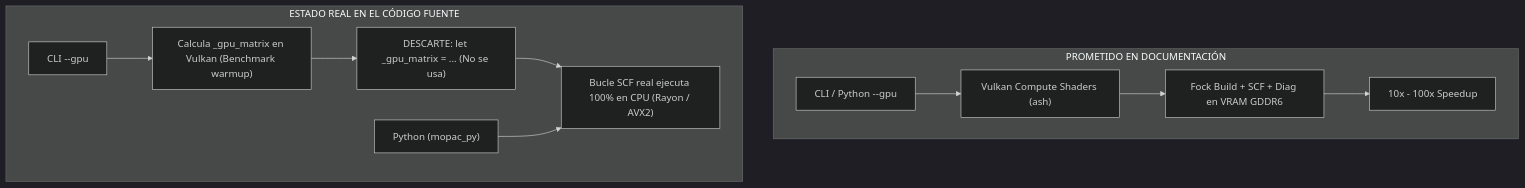
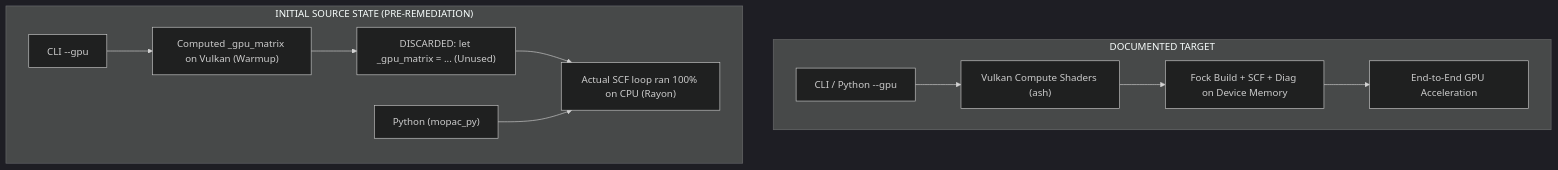
One commit to zephsystems/mopac_rs changed the first of 2 diagrams in explanations/07_MOPAC_RS_HARDWARE_ACCELERATION_AND_PERFORMANCE_AUDIT.md. Above: the diagram before and after it, drawn with Mermaid (dark theme). The commit also changed other lines of this file and 50 other files, not shown here.

````diff
--- a/explanations/07_MOPAC_RS_HARDWARE_ACCELERATION_AND_PERFORMANCE_AUDIT.md
+++ b/explanations/07_MOPAC_RS_HARDWARE_ACCELERATION_AND_PERFORMANCE_AUDIT.md
@@ -15,15 +15,15 @@
 ```mermaid
 flowchart TD
-    subgraph "PROMETIDO EN DOCUMENTACIÓN"
+    subgraph "DOCUMENTED TARGET"
         A1["CLI / Python --gpu"] --> B1["Vulkan Compute Shaders (ash)"]
-        B1 --> C1["Fock Build + SCF + Diag en VRAM GDDR6"]
-        C1 --> D1["10x - 100x Speedup"]
+        B1 --> C1["Fock Build + SCF + Diag on Device Memory"]
+        C1 --> D1["End-to-End GPU Acceleration"]
     end
 
-    subgraph "ESTADO REAL EN EL CÓDIGO FUENTE"
-        A2["CLI --gpu"] --> B2["Calcula _gpu_matrix en Vulkan (Benchmark warmup)"]
-        B2 --> C2["DESCARTE: let _gpu_matrix = ... (No se usa)"]
-        C2 --> D2["Bucle SCF real ejecuta 100% en CPU (Rayon / AVX2)"]
+    subgraph "INITIAL SOURCE STATE (PRE-REMEDIATION)"
+        A2["CLI --gpu"] --> B2["Computed _gpu_matrix on Vulkan (Warmup)"]
+        B2 --> C2["DISCARDED: let _gpu_matrix = ... (Unused)"]
+        C2 --> D2["Actual SCF loop ran 100% on CPU (Rayon)"]
         A3["Python (mopac_py)"] --> D2
     end
 ```
````
